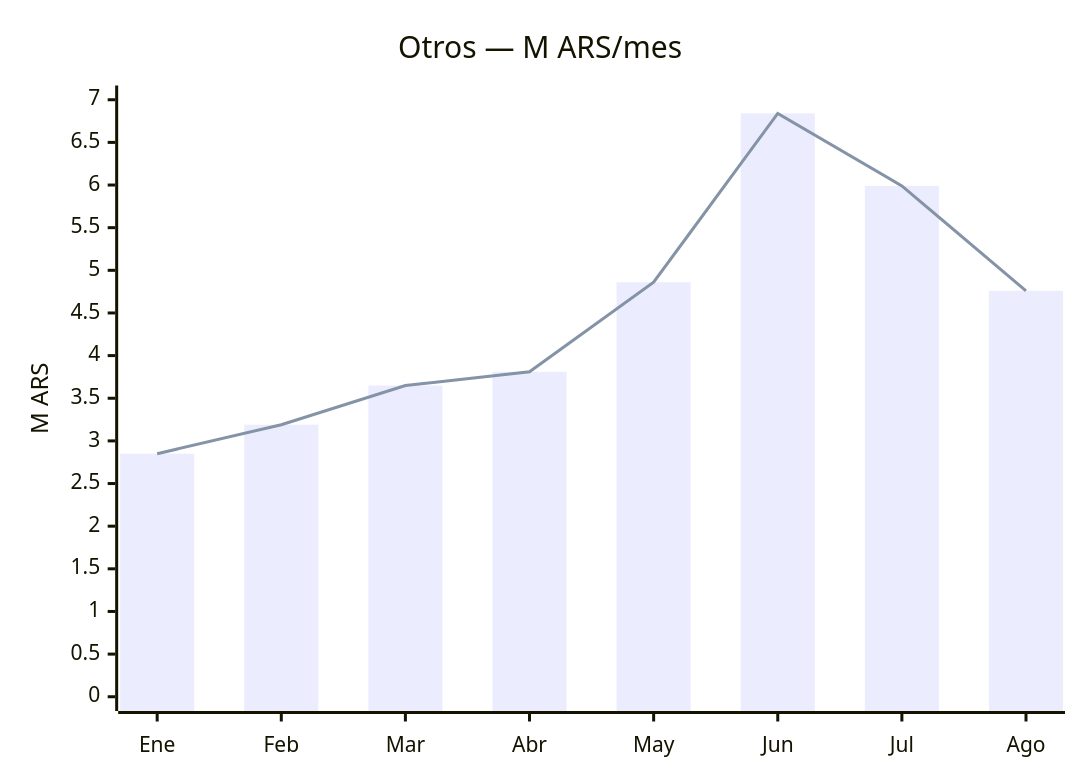
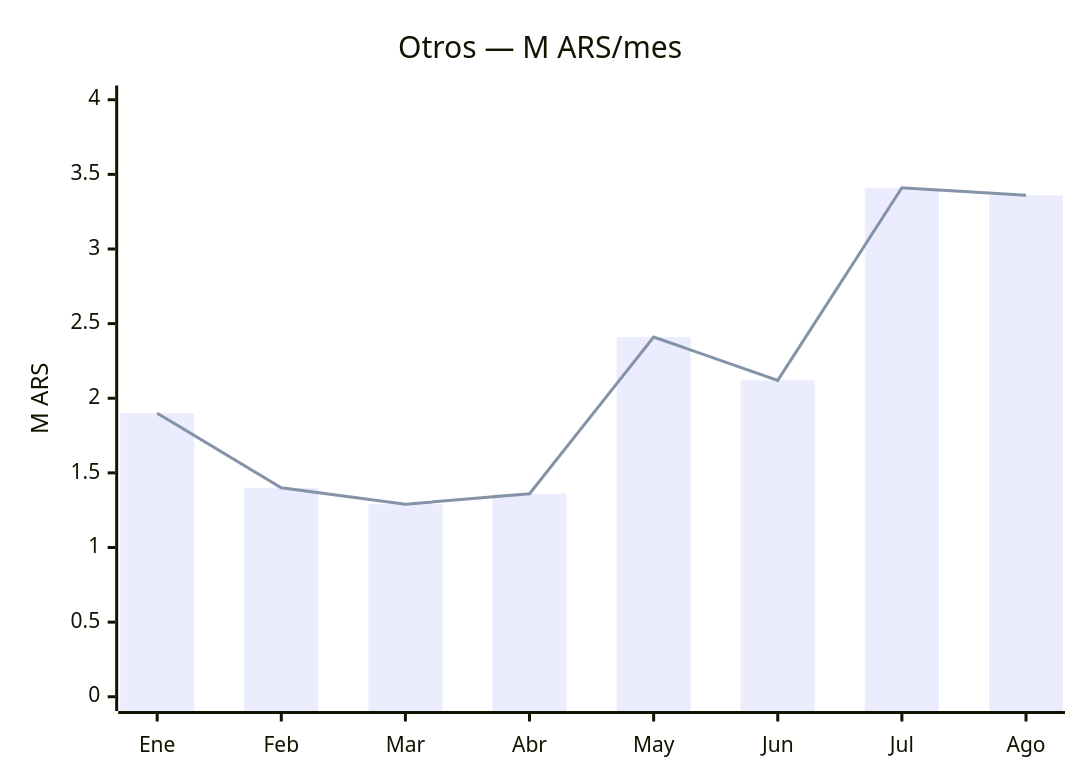
The fourth of 8 diagrams in Finanzas/Tarjetas/Panorama de Gastos.md (mercurioctrl/obsidian-hermess), drawn with Mermaid before and after one commit. The commit also changed other lines of this file and 1 other file, not shown here.

````diff
--- a/Finanzas/Tarjetas/Panorama de Gastos.md
+++ b/Finanzas/Tarjetas/Panorama de Gastos.md
@@ -80,8 +96,8 @@
 ```mermaid
 xychart-beta
     title "Otros — M ARS/mes"
     x-axis [Ene, Feb, Mar, Abr, May, Jun, Jul, Ago]
-    y-axis "M ARS" 0 --> 7
-    bar [2.85, 3.19, 3.65, 3.81, 4.86, 6.84, 5.99, 4.76]
-    line [2.85, 3.19, 3.65, 3.81, 4.86, 6.84, 5.99, 4.76]
+    y-axis "M ARS" 0 --> 4
+    bar [1.9, 1.4, 1.29, 1.36, 2.41, 2.12, 3.41, 3.36]
+    line [1.9, 1.4, 1.29, 1.36, 2.41, 2.12, 3.41, 3.36]
 ```
````
